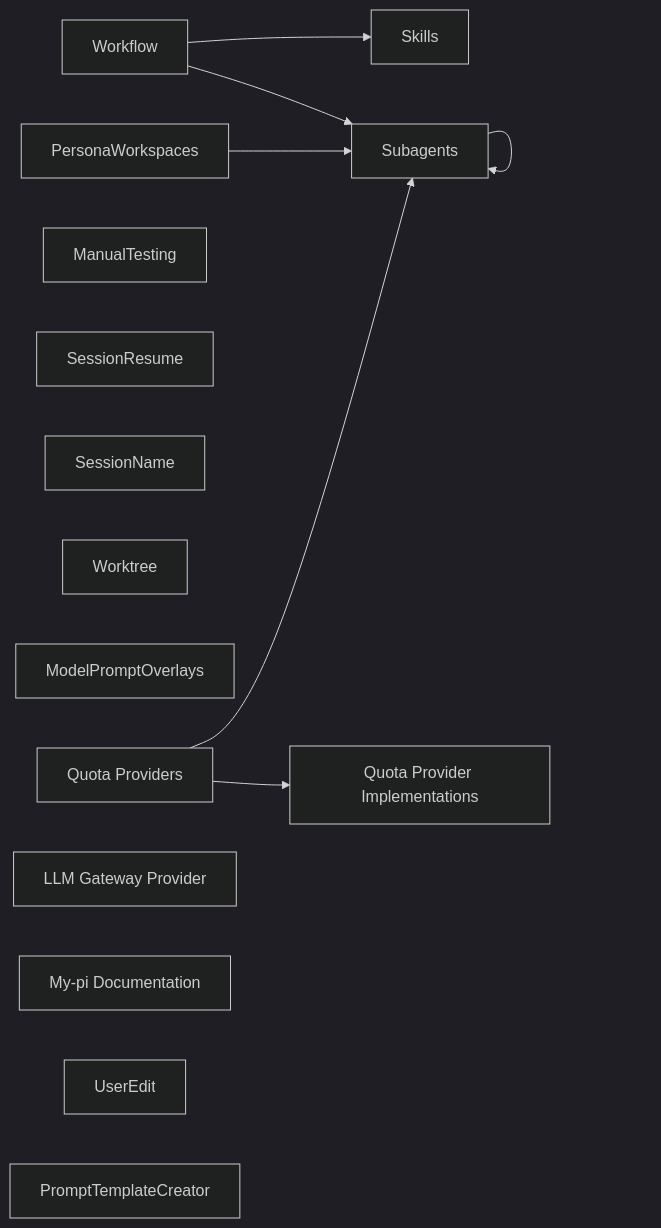
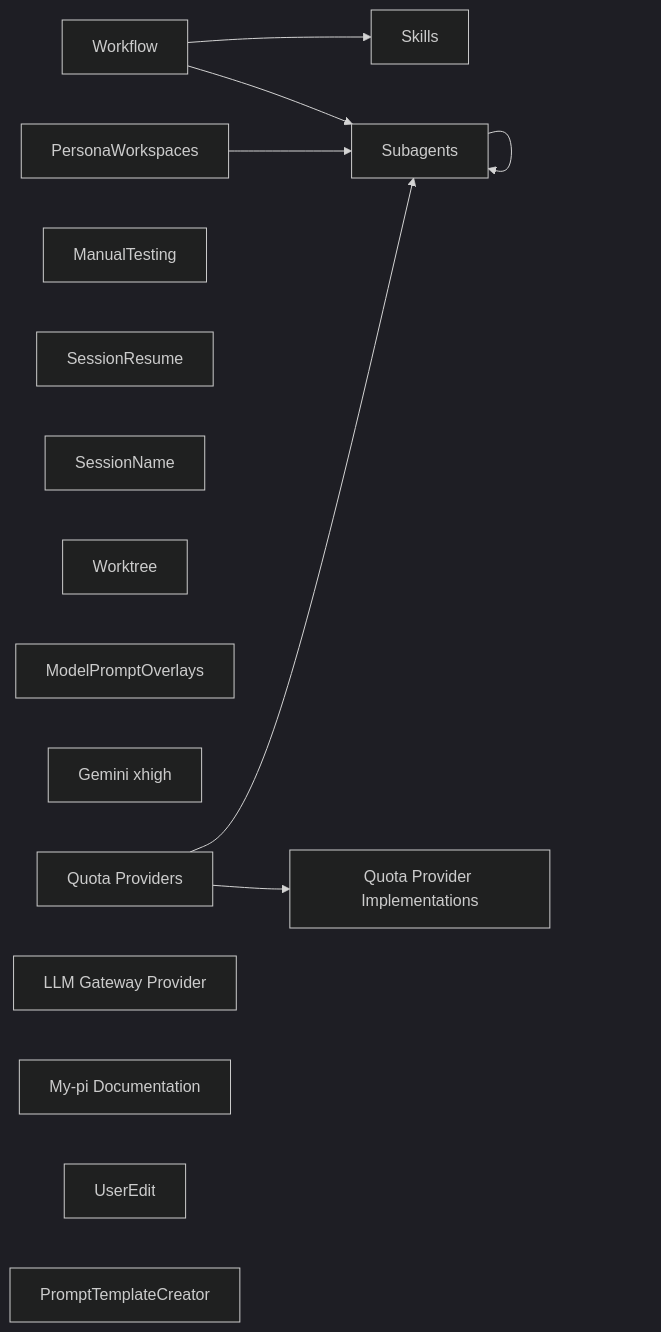
The first of 2 diagrams in codemap.md (alennartz/my-pi), drawn with Mermaid (dark theme) before and after one commit. The commit also changed other lines of this file and 3 other files, not shown here.

Commit message:
feat(gemini-xhigh): send XHIGH for xhigh sessions on Google APIs

````diff
--- a/codemap.md
+++ b/codemap.md
@@ -7,18 +7,19 @@
 ```mermaid
 graph LR
   Workflow --> Skills
   Workflow --> Subagents
   Subagents --> Subagents
   PersonaWorkspaces --> Subagents
   ManualTesting
   SessionResume
   SessionName
   Worktree
   ModelPromptOverlays
+  GeminiXhigh["Gemini xhigh"]
   QuotaProviders["Quota Providers"] --> Subagents
   QuotaProviders --> QuotaProviderImplementations["Quota Provider Implementations"]
   LLMGatewayProvider["LLM Gateway Provider"]
   MyPiDocumentation["My-pi Documentation"]
   UserEdit
   PromptTemplateCreator
 ```
````
